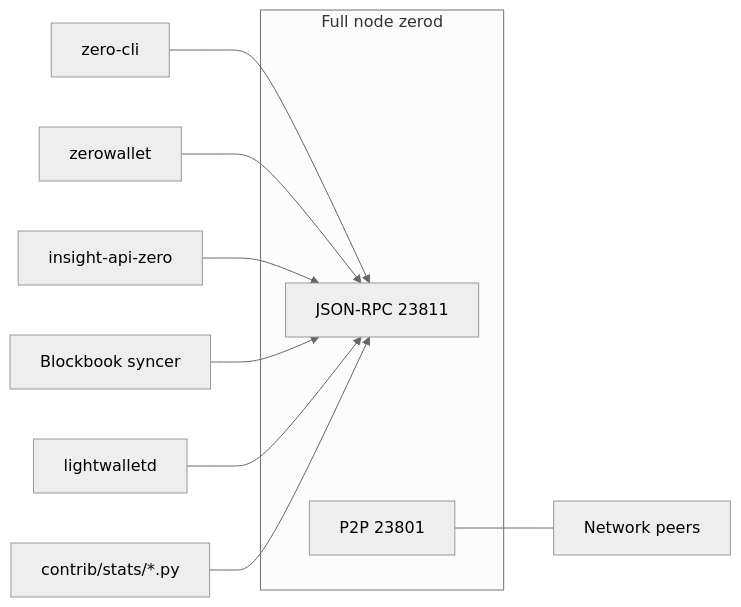
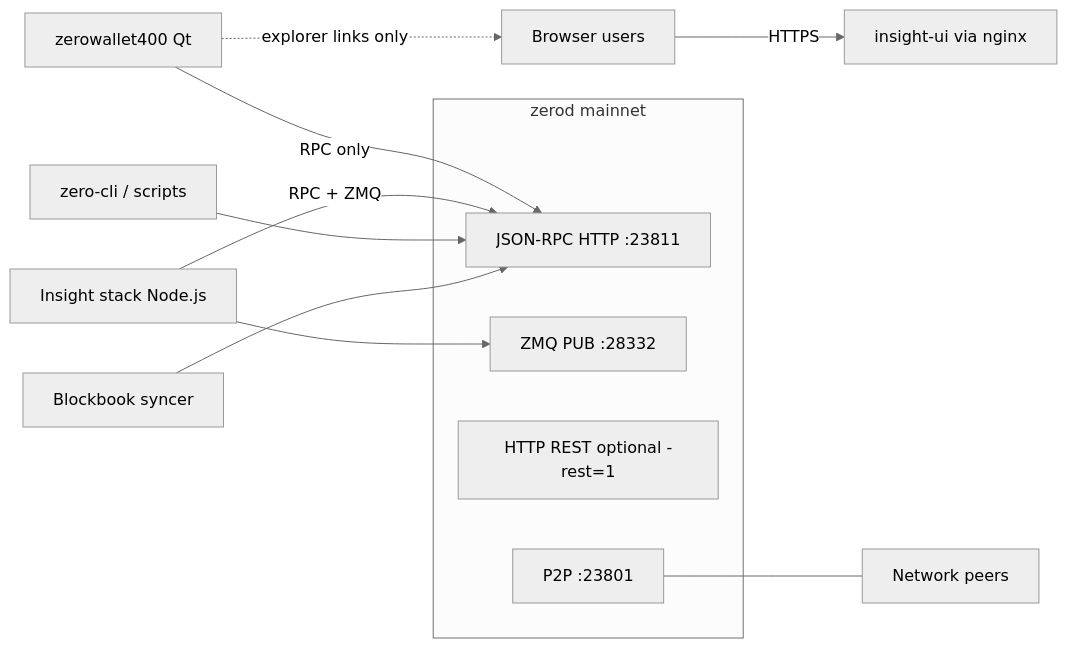
One commit to zerocurrencycoin/Zero changed the fifth of 5 diagrams in ZeroStruct.md. Above: the diagram before and after it, drawn with Mermaid (neutral theme). The commit also changed other lines of this file and 5 other files, not shown here.

````diff
--- a/ZeroStruct.md
+++ b/ZeroStruct.md
@@ -248,14 +486,17 @@
 ```mermaid
 flowchart LR
-  subgraph full ["Full node zerod"]
-    RPC2["JSON-RPC 23811"]
-    P2P2["P2P 23801"]
+  subgraph zerod ["zerod mainnet"]
+    RPC["JSON-RPC HTTP :23811"]
+    ZMQ["ZMQ PUB :28332"]
+    REST["HTTP REST optional -rest=1"]
+    P2P["P2P :23801"]
   end
-  CLI["zero-cli"] --> RPC2
-  GUI["zerowallet"] --> RPC2
-  INS["insight-api-zero"] --> RPC2
-  BB["Blockbook syncer"] --> RPC2
-  LW["lightwalletd"] --> RPC2
-  STATS["contrib/stats/*.py"] --> RPC2
-  P2P2 --- peers["Network peers"]
+  W["zerowallet400 Qt"] -->|RPC only| RPC
+  INS["Insight stack Node.js"] -->|RPC + ZMQ| RPC
+  INS --> ZMQ
+  CLI["zero-cli / scripts"] --> RPC
+  BB["Blockbook syncer"] --> RPC
+  BROWSER["Browser users"] -->|HTTPS| INSUI["insight-ui via nginx"]
+  W -.->|explorer links only| BROWSER
+  P2P --- NET["Network peers"]
 ```
````
